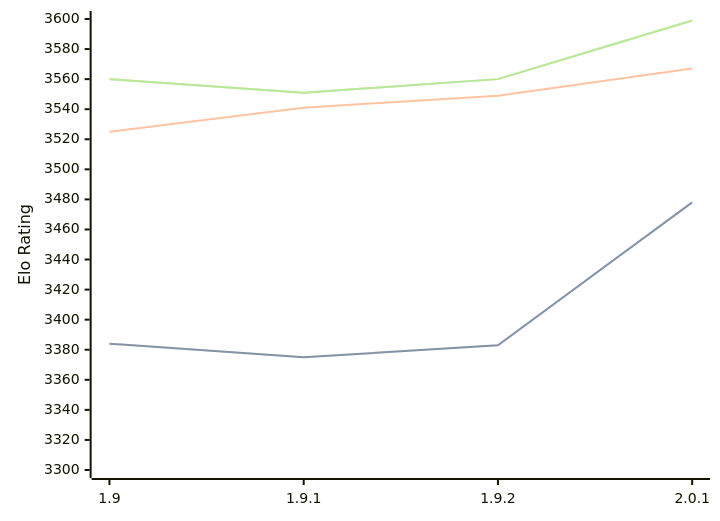
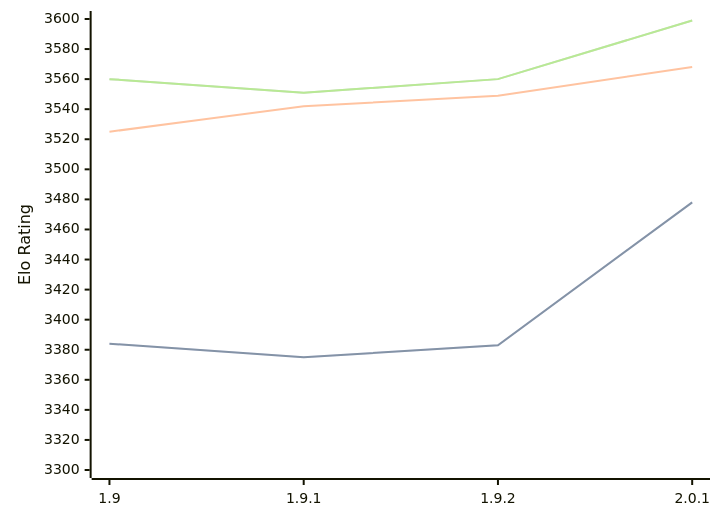
Before and after one commit to computer-chess-index/cci: the diagram in engines/Pawnocchio.md, drawn with Mermaid. The commit also changed other lines of this file, not shown here.

````diff
--- a/engines/Pawnocchio.md
+++ b/engines/Pawnocchio.md
@@ -36,11 +36,11 @@
 ```mermaid
 %%{init: {"theme":"base","themeVariables":{"seriesColors:['#a3a3a3','#222221','#faa371']}}}%%
 xychart-beta
   x-axis ["1.9", "1.9.1", "1.9.2", "2.0.1"]
   y-axis "Elo Rating" 3300 --> 3600
   line "" [3384, 3375, 3383, 3478]
   line "STC (8.0+0.08s)" [3384, 3375, 3383, 3478]
-  line "LTC (60.0+0.60s)" [3525, 3541, 3549, 3567]
+  line "LTC (60.0+0.60s)" [3525, 3542, 3549, 3568]
   line "" [3560, 3551, 3560, 3599]
   line "VLTC (2m24s+1.12s)" [3560, 3551, 3560, 3599]
 ```
````
